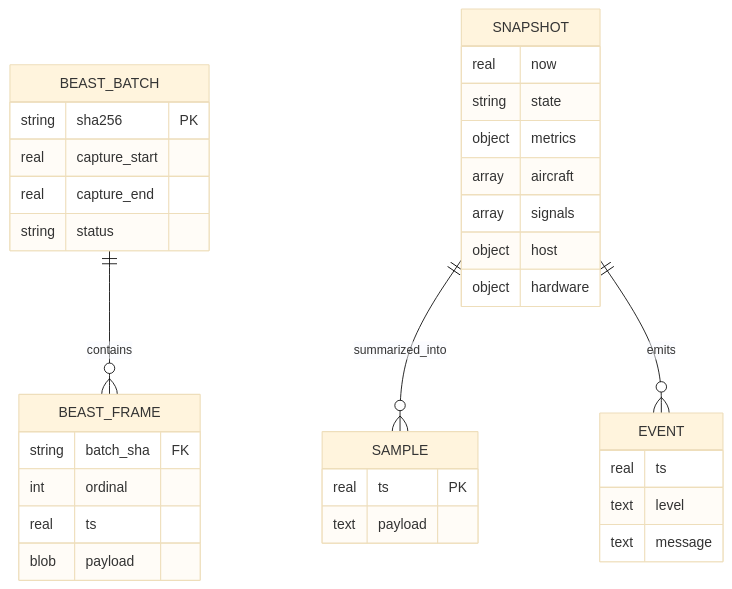
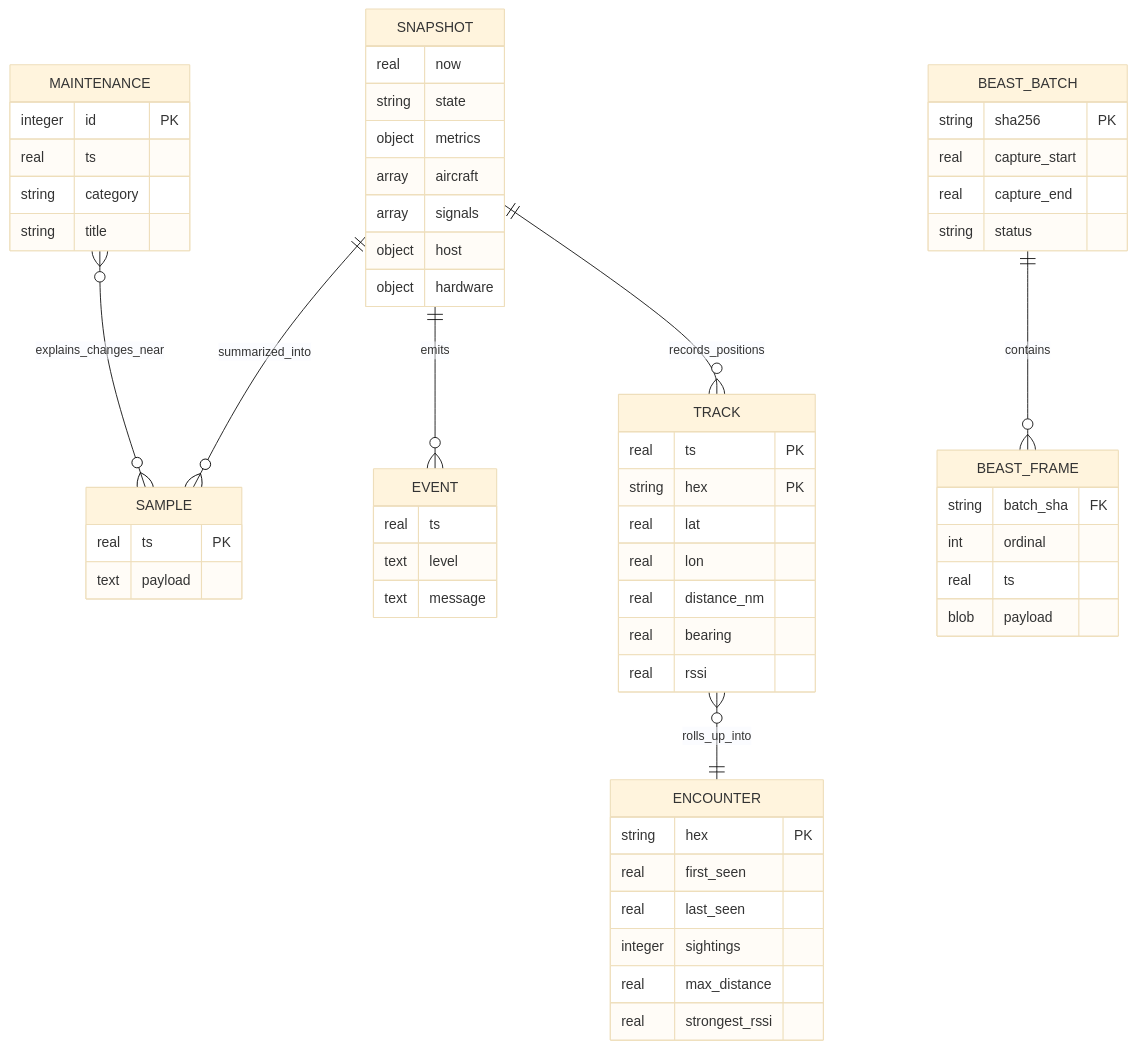
Before and after one commit to ramideltoro/antenna_observatory: the fifth of 6 diagrams in wiki-site/docs/architecture.md, drawn with Mermaid (base theme). The commit also changed other lines of this file and 29 other files, not shown here.

````diff
--- a/wiki-site/docs/architecture.md
+++ b/wiki-site/docs/architecture.md
@@ -113,36 +115,62 @@
 ```mermaid
 erDiagram
     SAMPLE {
       real ts PK
       text payload
+    }
+    TRACK {
+      real ts PK
+      string hex PK
+      real lat
+      real lon
+      real distance_nm
+      real bearing
+      real rssi
+    }
+    ENCOUNTER {
+      string hex PK
+      real first_seen
+      real last_seen
+      integer sightings
+      real max_distance
+      real strongest_rssi
+    }
+    MAINTENANCE {
+      integer id PK
+      real ts
+      string category
+      string title
     }
     EVENT {
       real ts
       text level
       text message
     }
     BEAST_BATCH {
       string sha256 PK
       real capture_start
       real capture_end
       string status
     }
     BEAST_FRAME {
       string batch_sha FK
       int ordinal
       real ts
       blob payload
     }
     SNAPSHOT {
       real now
       string state
       object metrics
       array aircraft
       array signals
       object host
       object hardware
     }
     SNAPSHOT ||--o{ SAMPLE : summarized_into
     SNAPSHOT ||--o{ EVENT : emits
+    SNAPSHOT ||--o{ TRACK : records_positions
+    TRACK }o--|| ENCOUNTER : rolls_up_into
+    MAINTENANCE }o--o{ SAMPLE : explains_changes_near
     BEAST_BATCH ||--o{ BEAST_FRAME : contains
 ```
````
